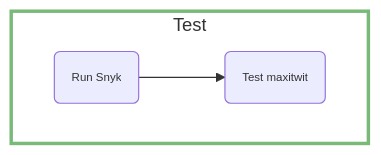
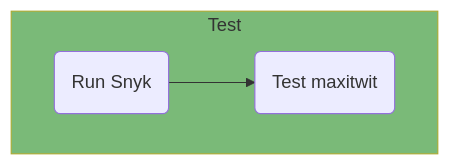
Before and after one commit to DevOps-2024-group-p/maxitwit: the ninth of 10 diagrams in report/report.md, drawn with Mermaid. The commit also changed other lines of this file, not shown here.

````diff
--- a/report/report.md
+++ b/report/report.md
@@ -246,11 +248,8 @@
 ```mermaid
 flowchart TB
     subgraph T["Test"]
         id0("Run Snyk")-->id1("Test maxitwit")
     end
 
-    style T stroke:#7ABA78, stroke-width:3px, fill:#FFFFFF
-    classDef goodFont font-size:10px;
-    class id1 goodFont;
-    class id0 goodFont;
+    style T fill:#7ABA78
 ```
````
